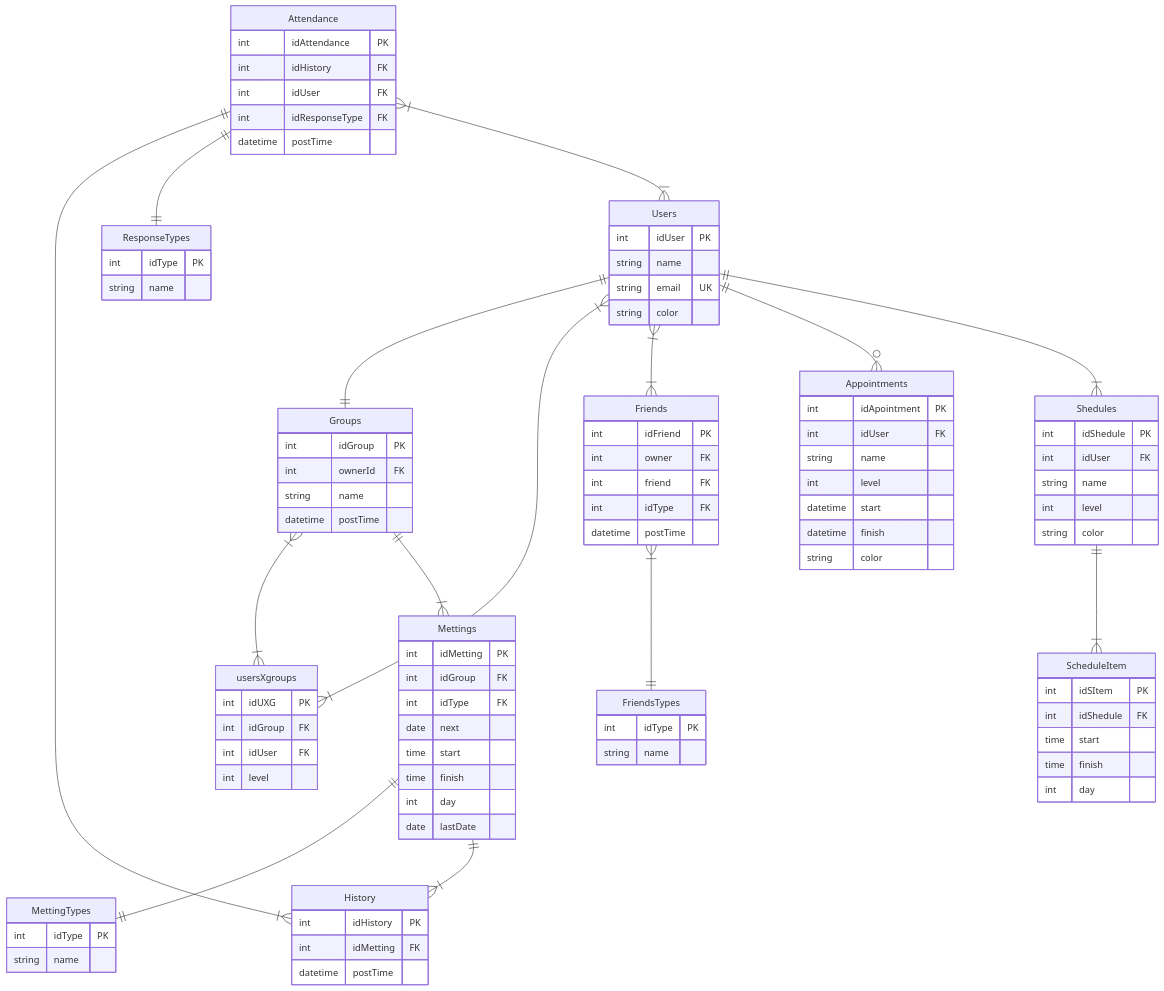
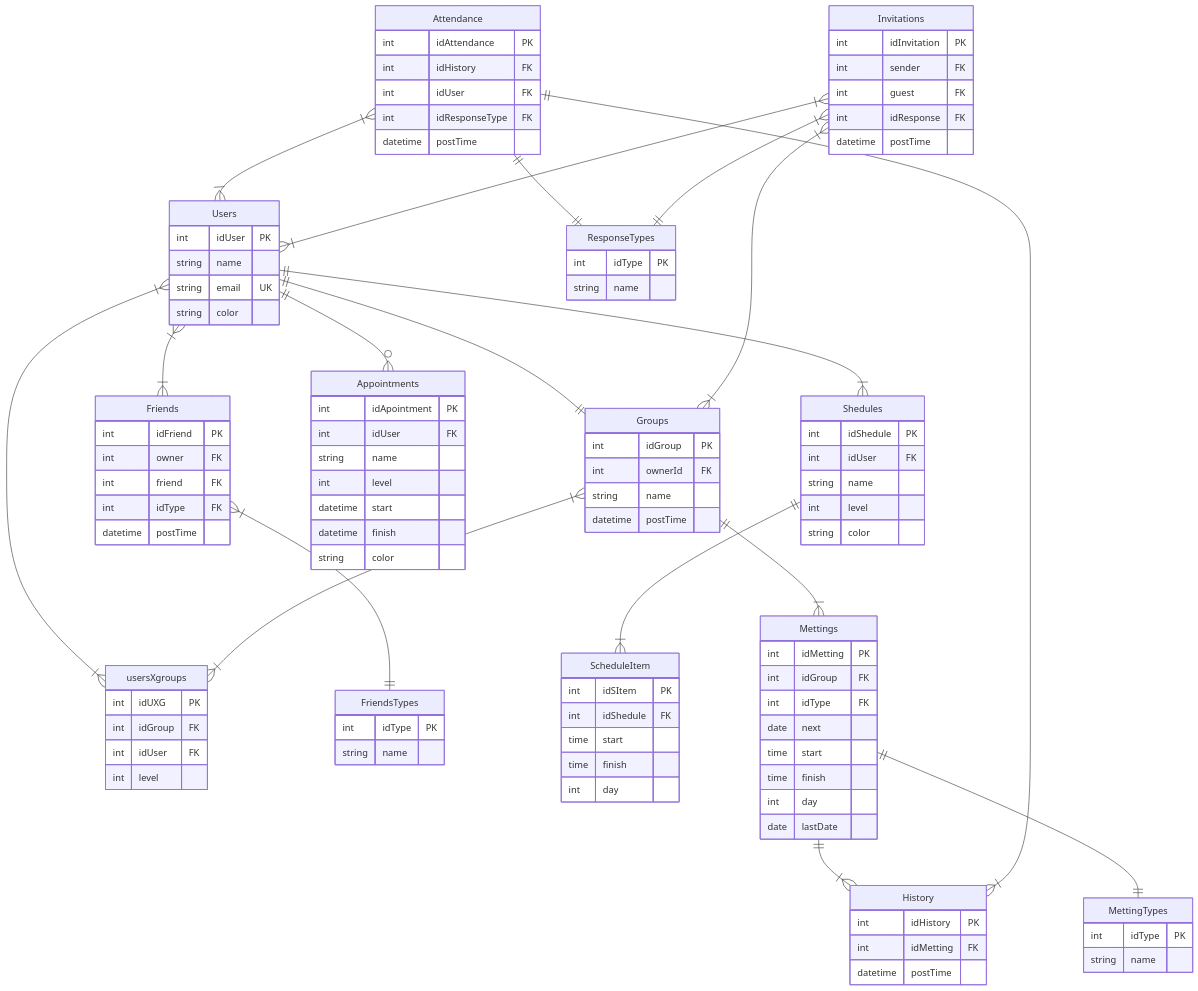
The diagram in Backend/db/readme.md (AvocadoAguacate/loop_me_in), drawn with Mermaid before and after one commit.

Commit message:
ADD Invitations to design

````diff
--- a/Backend/db/readme.md
+++ b/Backend/db/readme.md
@@ -98,4 +98,14 @@
   Attendance ||--|{ History: ""
   Attendance ||--|| ResponseTypes: ""
   Attendance }|--|{ Users: ""
+  Invitations{
+    int idInvitation PK
+    int sender FK
+    int guest FK
+    int idResponse FK
+    datetime postTime
+  }
+  Invitations }|--|| ResponseTypes: ""
+  Invitations }|--|{ Groups: ""
+  Invitations }|--|{ Users: ""
 ```
````
